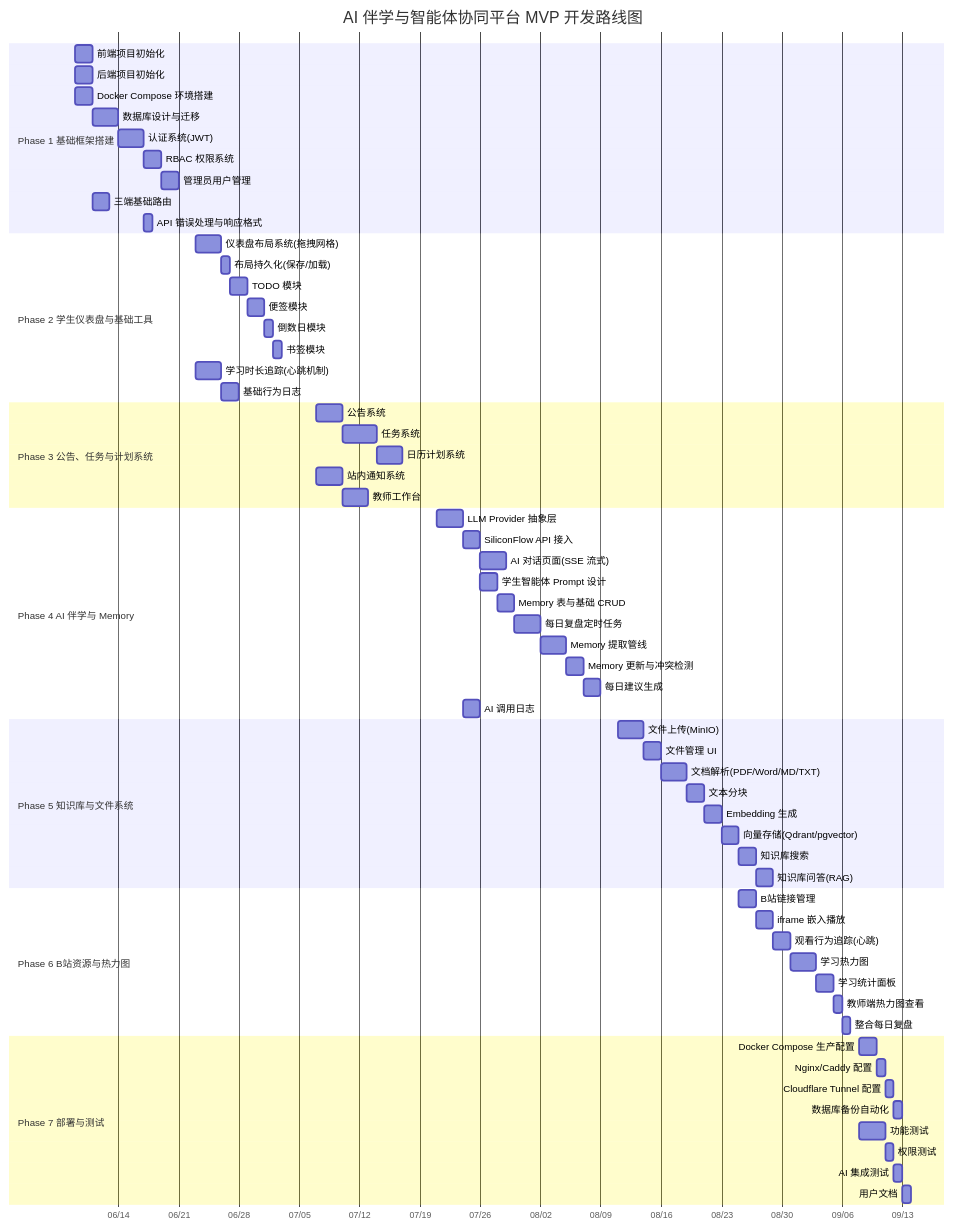
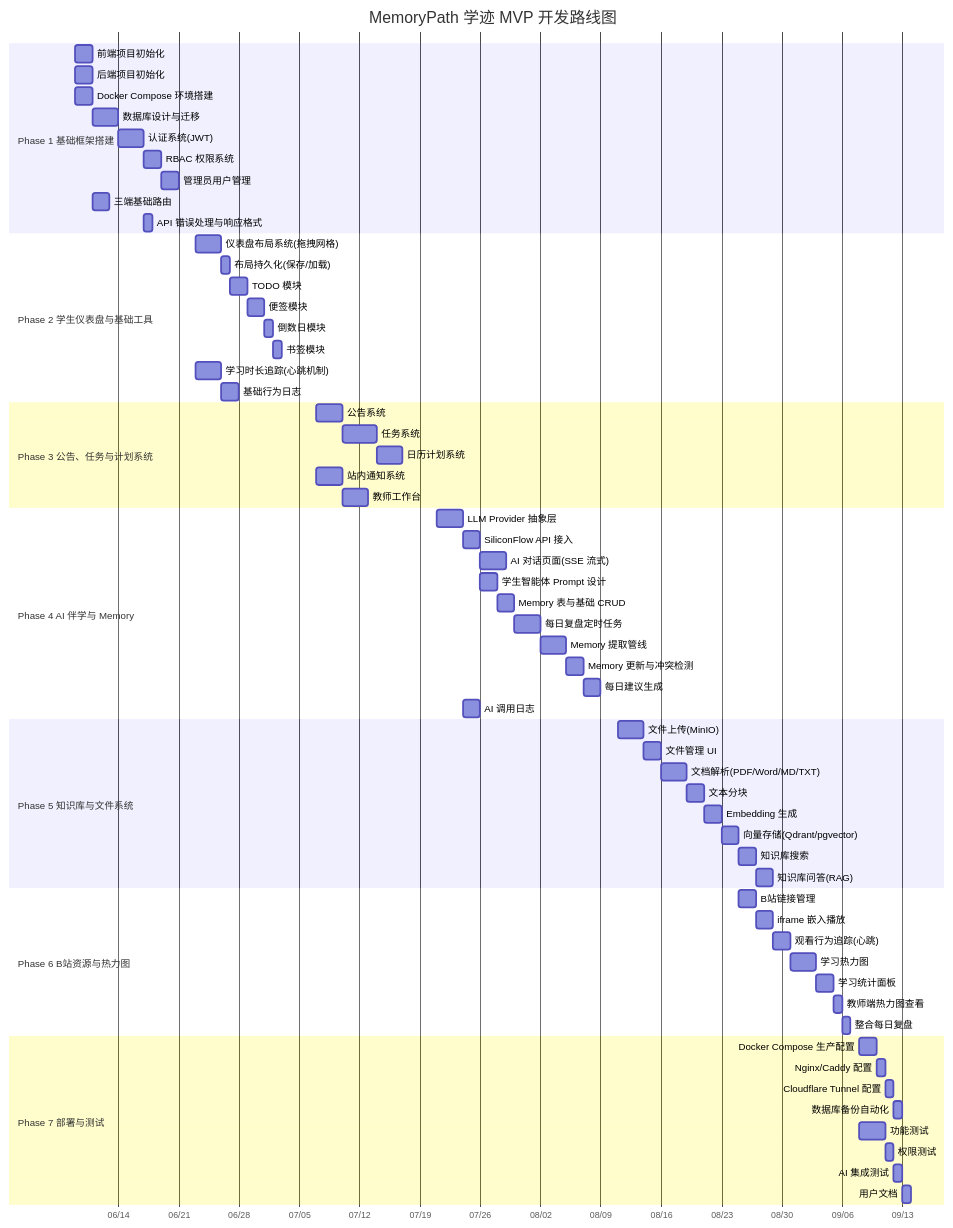
Before and after one commit to mikoto0418/studyPartner: the first of 5 diagrams in docs/development-roadmap.md, drawn with Mermaid. The commit also changed 32 other files, not shown here.

First line of the commit message:
feat(brand): 品牌升级为 MemoryPath 学迹并重做登录页

````diff
--- a/docs/development-roadmap.md
+++ b/docs/development-roadmap.md
@@ -13,75 +13,75 @@
 ```mermaid
 gantt
-    title AI 伴学与智能体协同平台 MVP 开发路线图
+    title MemoryPath 学迹 MVP 开发路线图
     dateFormat  YYYY-MM-DD
     axisFormat  %m/%d
 
     section Phase 1 基础框架搭建
     前端项目初始化           :p1_1, 2026-06-09, 2d
     后端项目初始化           :p1_2, 2026-06-09, 2d
     Docker Compose 环境搭建  :p1_3, 2026-06-09, 2d
     数据库设计与迁移          :p1_4, after p1_2, 3d
     认证系统(JWT)            :p1_5, after p1_4, 3d
     RBAC 权限系统            :p1_6, after p1_5, 2d
     管理员用户管理            :p1_7, after p1_6, 2d
     三端基础路由              :p1_8, after p1_1, 2d
     API 错误处理与响应格式     :p1_9, after p1_5, 1d
 
     section Phase 2 学生仪表盘与基础工具
     仪表盘布局系统(拖拽网格)   :p2_1, 2026-06-23, 3d
     布局持久化(保存/加载)      :p2_2, after p2_1, 1d
     TODO 模块                :p2_3, after p2_2, 2d
     便签模块                  :p2_4, after p2_3, 2d
     倒数日模块                :p2_5, after p2_4, 1d
     书签模块                  :p2_6, after p2_5, 1d
     学习时长追踪(心跳机制)     :p2_7, 2026-06-23, 3d
     基础行为日志              :p2_8, after p2_7, 2d
 
     section Phase 3 公告、任务与计划系统
     公告系统                  :p3_1, 2026-07-07, 3d
     任务系统                  :p3_2, after p3_1, 4d
     日历计划系统              :p3_3, after p3_2, 3d
     站内通知系统              :p3_4, 2026-07-07, 3d
     教师工作台                :p3_5, after p3_4, 3d
 
     section Phase 4 AI 伴学与 Memory
     LLM Provider 抽象层       :p4_1, 2026-07-21, 3d
     SiliconFlow API 接入      :p4_2, after p4_1, 2d
     AI 对话页面(SSE 流式)     :p4_3, after p4_2, 3d
     学生智能体 Prompt 设计     :p4_4, after p4_2, 2d
     Memory 表与基础 CRUD      :p4_5, after p4_4, 2d
     每日复盘定时任务           :p4_6, after p4_5, 3d
     Memory 提取管线           :p4_7, after p4_6, 3d
     Memory 更新与冲突检测      :p4_8, after p4_7, 2d
     每日建议生成              :p4_9, after p4_8, 2d
     AI 调用日志               :p4_10, after p4_1, 2d
 
     section Phase 5 知识库与文件系统
     文件上传(MinIO)           :p5_1, 2026-08-11, 3d
     文件管理 UI               :p5_2, after p5_1, 2d
     文档解析(PDF/Word/MD/TXT) :p5_3, after p5_2, 3d
     文本分块                  :p5_4, after p5_3, 2d
     Embedding 生成            :p5_5, after p5_4, 2d
     向量存储(Qdrant/pgvector) :p5_6, after p5_5, 2d
     知识库搜索                :p5_7, after p5_6, 2d
     知识库问答(RAG)           :p5_8, after p5_7, 2d
 
     section Phase 6 B站资源与热力图
     B站链接管理               :p6_1, 2026-08-25, 2d
     iframe 嵌入播放           :p6_2, after p6_1, 2d
     观看行为追踪(心跳)        :p6_3, after p6_2, 2d
     学习热力图                :p6_4, after p6_3, 3d
     学习统计面板              :p6_5, after p6_4, 2d
     教师端热力图查看           :p6_6, after p6_5, 1d
     整合每日复盘              :p6_7, after p6_6, 1d
 
     section Phase 7 部署与测试
     Docker Compose 生产配置   :p7_1, 2026-09-08, 2d
     Nginx/Caddy 配置         :p7_2, after p7_1, 1d
     Cloudflare Tunnel 配置   :p7_3, after p7_2, 1d
     数据库备份自动化           :p7_4, after p7_3, 1d
     功能测试                  :p7_5, 2026-09-08, 3d
     权限测试                  :p7_6, after p7_5, 1d
     AI 集成测试               :p7_7, after p7_6, 1d
     用户文档                  :p7_8, after p7_7, 1d
 ```
````
